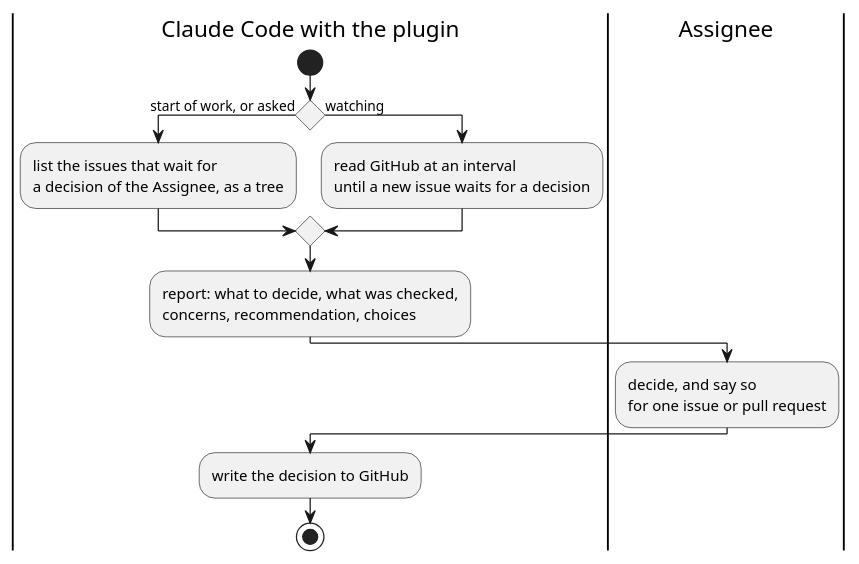
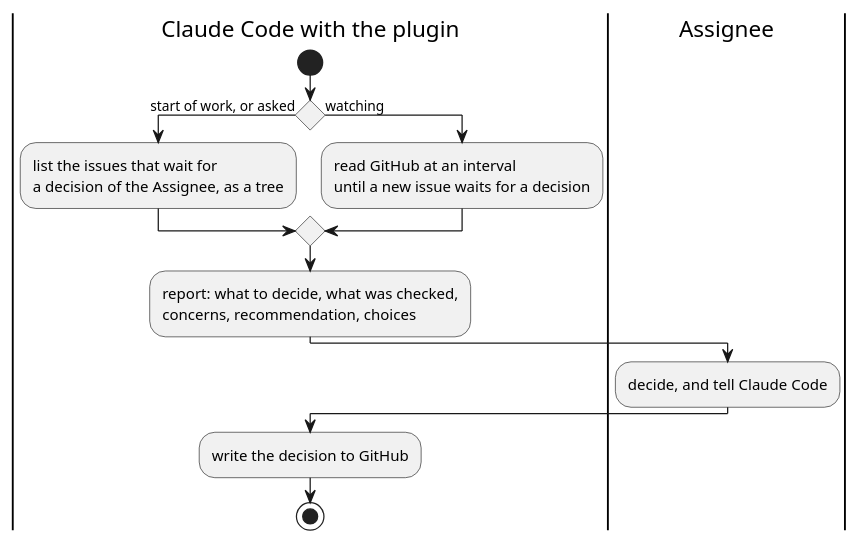
One commit to cloveclovedev/cumin-works changed the diagram in docs/ja/requirements/decide/overview.puml. Above: the diagram before and after it, drawn with PlantUML. The commit also changed 5 other files, not shown here.

First line of the commit message:
docs(requirements): drop the one-by-one write rules from DECIDE and REQUIRE

```diff
--- a/docs/ja/requirements/decide/overview.puml
+++ b/docs/ja/requirements/decide/overview.puml
@@ -1,19 +1,19 @@
 @startuml overview
 ' cumin-works - how an Assignee decides together with the Claude Code with the plugin.
 ' Render: run scripts/render-diagrams.sh at the root of the repository.
 
 |Claude Code with the plugin|
 start
 if () then (start of work, or asked)
   :list the issues that wait for\na decision of the Assignee, as a tree;
 else (watching)
   :read GitHub at an interval\nuntil a new issue waits for a decision;
   endif
 :report: what to decide, what was checked,\nconcerns, recommendation, choices;
 |Assignee|
-:decide, and say so\nfor one issue or pull request;
+:decide, and tell Claude Code;
 |Claude Code with the plugin|
 :write the decision to GitHub;
 stop
 
 @enduml
```
